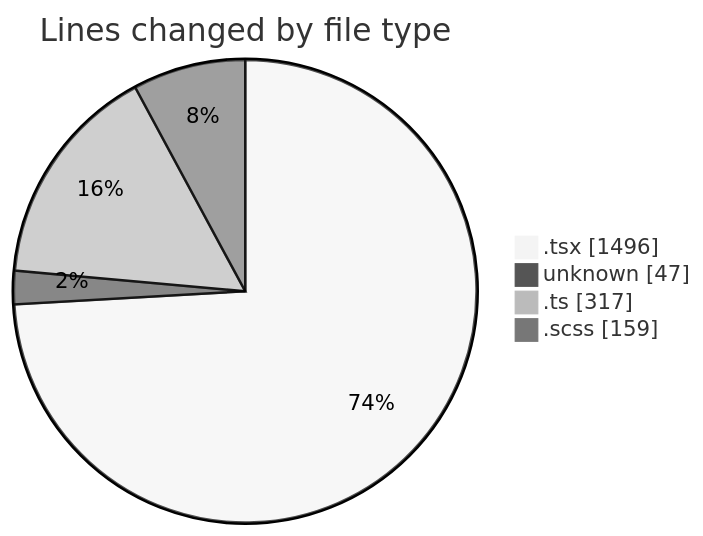
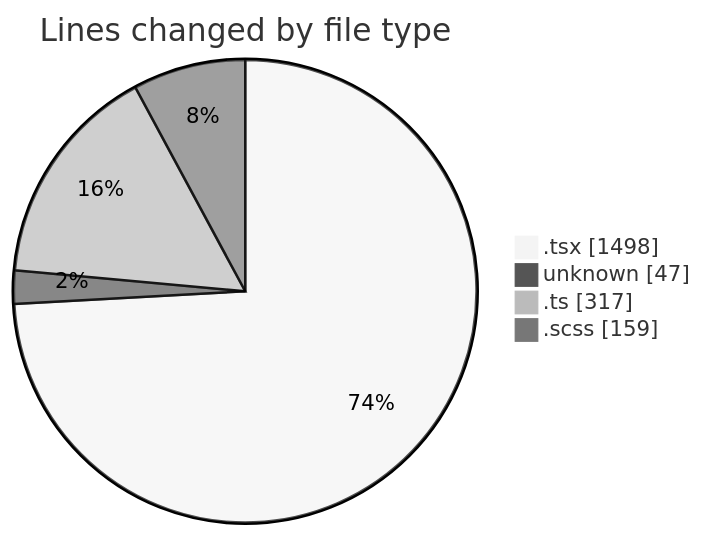
One commit to momahboobian/code-tracking changed the first of 2 diagrams in 2025-09-18/cda/README.md. Above: the diagram before and after it, drawn with Mermaid (neutral theme). The commit also changed other lines of this file and 1 other file, not shown here.

````diff
--- a/2025-09-18/cda/README.md
+++ b/2025-09-18/cda/README.md
@@ -25,8 +25,8 @@
 ```mermaid
 pie showData
 title Lines changed by file type
-".tsx" : 1496
+".tsx" : 1498
 "unknown" : 47
 ".ts" : 317
 ".scss" : 159
 ```
````
